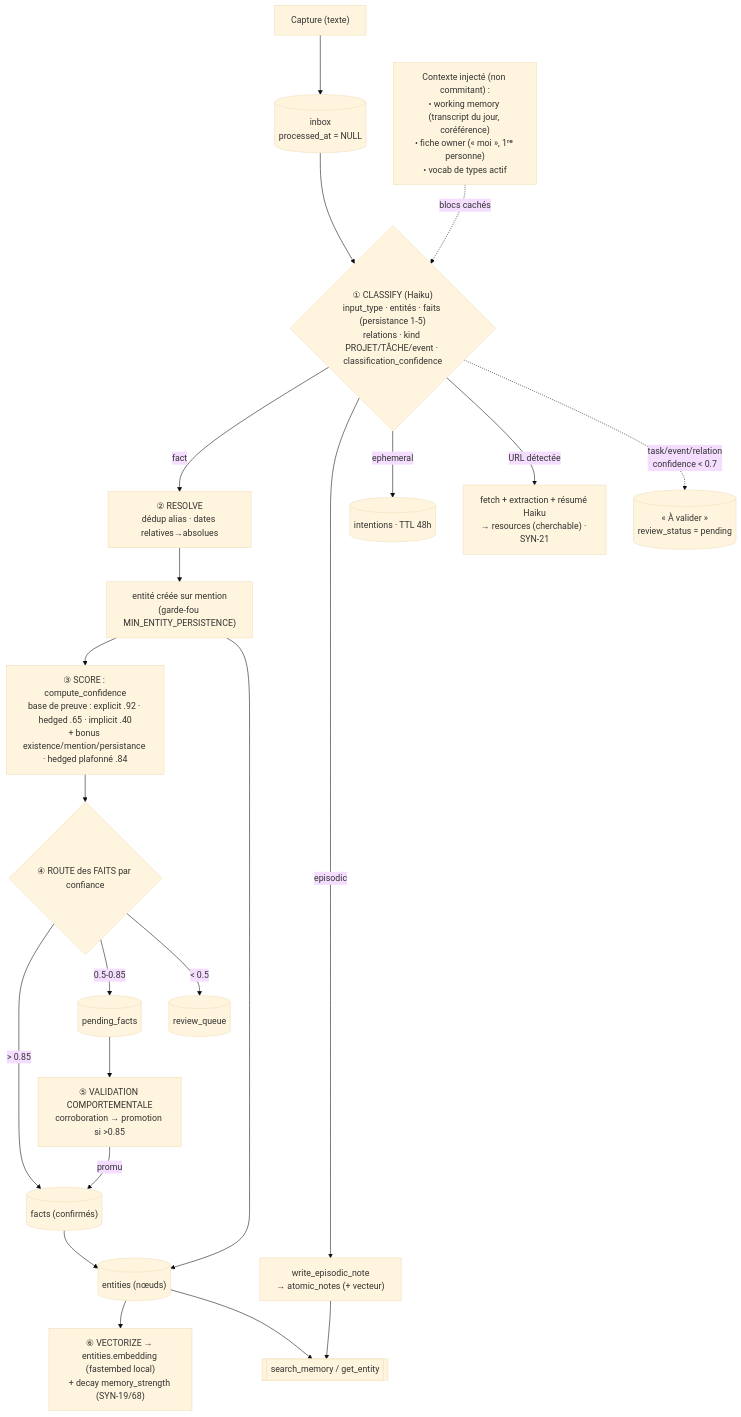
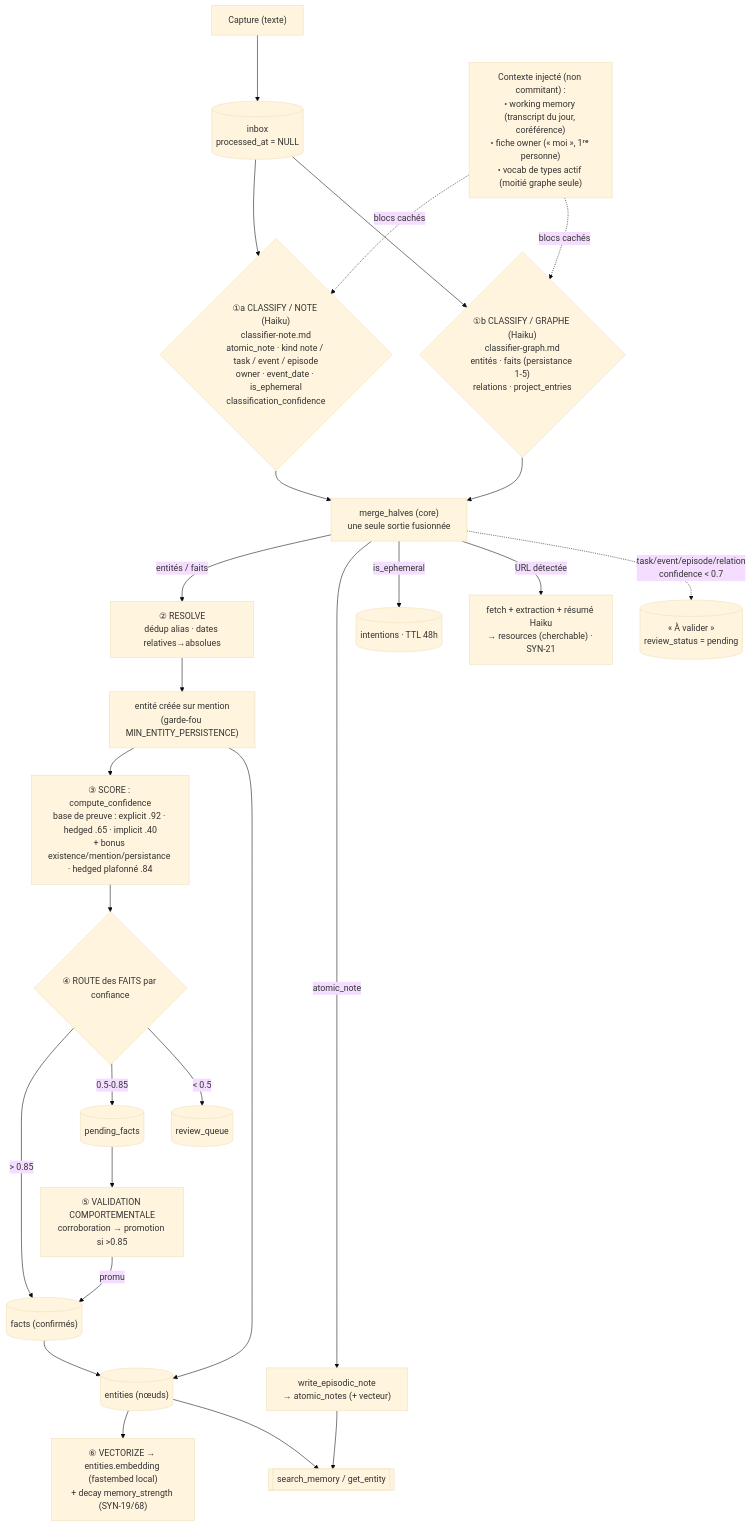
The second of 5 diagrams in docs/ARCHITECTURE.md (alexisraitano-myffu/sinam-backend), drawn with Mermaid (base theme) before and after one commit. The commit also changed other lines of this file and 2 other files, not shown here.

````diff
--- a/docs/ARCHITECTURE.md
+++ b/docs/ARCHITECTURE.md
@@ -41,30 +43,34 @@
 ```mermaid
 flowchart TD
     Capture["Capture (texte)"] --> Inbox[("inbox<br/>processed_at = NULL")]
-    Ctx["Contexte injecté (non commitant) :<br/>• working memory (transcript du jour, coréférence)<br/>• fiche owner (« moi », 1ʳᵉ personne)<br/>• vocab de types actif"] -.->|blocs cachés| Classify
-    Inbox --> Classify{"① CLASSIFY (Haiku)<br/>input_type · entités · faits (persistance 1-5)<br/>relations · kind PROJET/TÂCHE/event · classification_confidence"}
+    Ctx["Contexte injecté (non commitant) :<br/>• working memory (transcript du jour, coréférence)<br/>• fiche owner (« moi », 1ʳᵉ personne)<br/>• vocab de types actif (moitié graphe seule)"] -.->|blocs cachés| ClassifyNote
+    Ctx -.->|blocs cachés| ClassifyGraph
+    Inbox --> ClassifyNote{"①a CLASSIFY / NOTE (Haiku)<br/>classifier-note.md<br/>atomic_note · kind note / task / event / episode<br/>owner · event_date · is_ephemeral<br/>classification_confidence"}
+    Inbox --> ClassifyGraph{"①b CLASSIFY / GRAPHE (Haiku)<br/>classifier-graph.md<br/>entités · faits (persistance 1-5)<br/>relations · project_entries"}
+    ClassifyNote --> Merge["merge_halves (core)<br/>une seule sortie fusionnée"]
+    ClassifyGraph --> Merge
 
-    Classify -->|fact| Resolve["② RESOLVE<br/>dédup alias · dates relatives→absolues"]
-    Classify -->|episodic| Episodic["write_episodic_note<br/>→ atomic_notes (+ vecteur)"]
-    Classify -->|ephemeral| Intentions[("intentions · TTL 48h")]
-    Classify -->|"URL détectée"| ResourceFetch["fetch + extraction + résumé Haiku<br/>→ resources (cherchable) · SYN-21"]
+    Merge -->|"entités / faits"| Resolve["② RESOLVE<br/>dédup alias · dates relatives→absolues"]
+    Merge -->|"atomic_note"| Episodic["write_episodic_note<br/>→ atomic_notes (+ vecteur)"]
+    Merge -->|"is_ephemeral"| Intentions[("intentions · TTL 48h")]
+    Merge -->|"URL détectée"| ResourceFetch["fetch + extraction + résumé Haiku<br/>→ resources (cherchable) · SYN-21"]
 
     Resolve --> Create["entité créée sur mention<br/>(garde-fou MIN_ENTITY_PERSISTENCE)"]
     Create --> Score["③ SCORE : compute_confidence<br/>base de preuve : explicit .92 · hedged .65 · implicit .40<br/>+ bonus existence/mention/persistance · hedged plafonné .84"]
     Score --> Route{"④ ROUTE des FAITS par confiance"}
 
     Create --> Entities[("entities (nœuds)")]
     Route -->|"> 0.85"| Facts[("facts (confirmés)")]
     Route -->|"0.5-0.85"| Pending[("pending_facts")]
     Route -->|"< 0.5"| Review[("review_queue")]
     Facts --> Entities
 
-    Classify -.->|"task/event/relation<br/>confidence < 0.7"| AValider[("« À valider »<br/>review_status = pending")]
+    Merge -.->|"task/event/episode/relation<br/>confidence < 0.7"| AValider[("« À valider »<br/>review_status = pending")]
 
     Pending --> Validate["⑤ VALIDATION COMPORTEMENTALE<br/>corroboration → promotion si >0.85"]
     Validate -->|promu| Facts
 
     Entities --> Vectorize["⑥ VECTORIZE → entities.embedding (fastembed local)<br/>+ decay memory_strength (SYN-19/68)"]
     Episodic --> Store[["search_memory / get_entity"]]
     Entities --> Store
 ```
````
